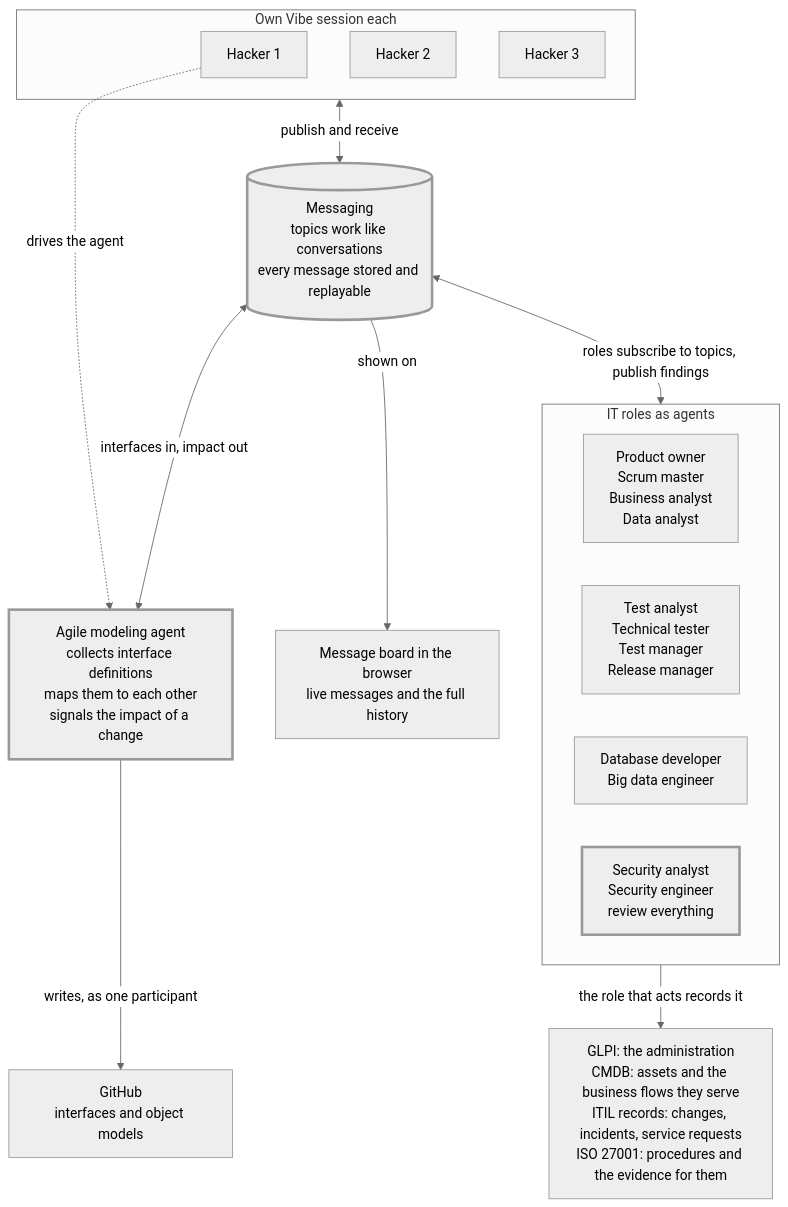
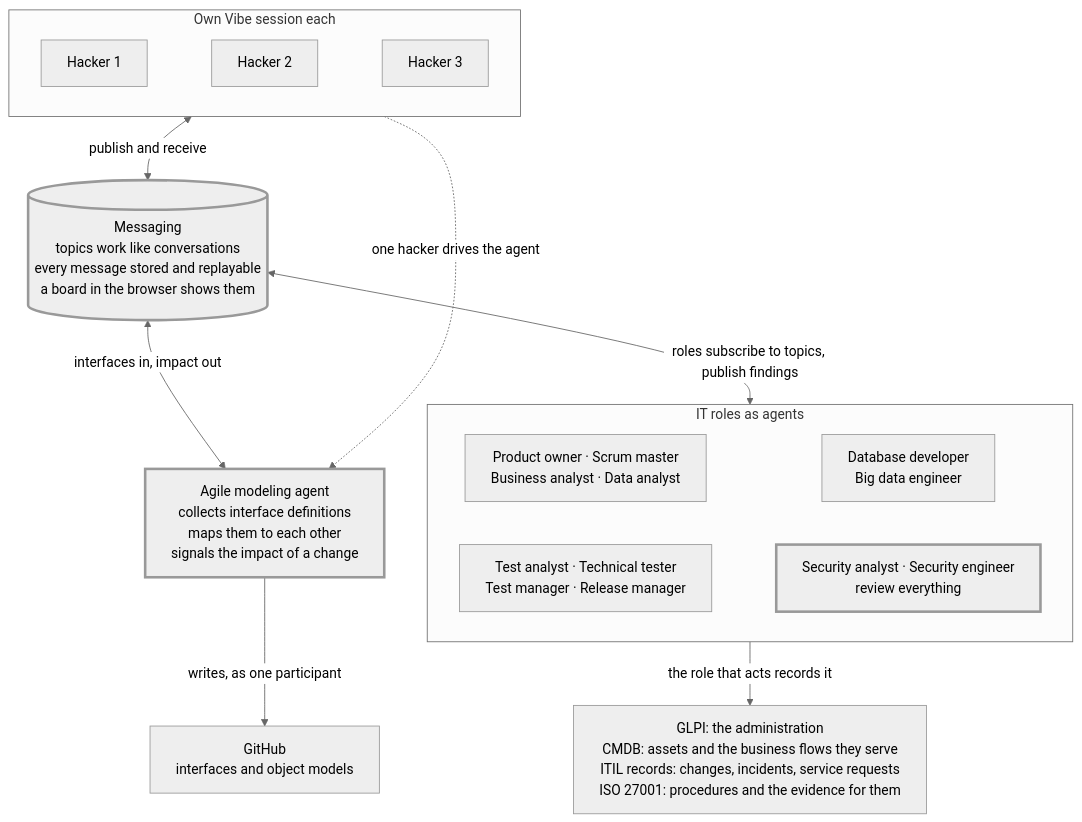
One commit to bvd/factory-factory-mistral-hackaton changed the first of 3 diagrams in README.md. Above: the diagram before and after it, drawn with Mermaid (neutral theme). The commit also changed other lines of this file, not shown here.

First line of the commit message:
Diagrams: readable on GitHub

````diff
--- a/README.md
+++ b/README.md
@@ -24,30 +24,30 @@
 ```mermaid
+%%{init: {"flowchart": {"wrappingWidth": 420}}}%%
 flowchart TB
   subgraph SESSIONS["Own Vibe session each"]
-    H1["Hacker 1"]
-    H2["Hacker 2"]
-    H3["Hacker 3"]
+    direction LR
+    H1["Hacker 1"] ~~~ H2["Hacker 2"] ~~~ H3["Hacker 3"]
   end
-  MSG[("Messaging<br/>topics work like conversations<br/>every message stored and replayable")]
-  BOARD["Message board in the browser<br/>live messages and the full history"]
+  MSG[("Messaging<br/>topics work like conversations<br/>every message stored and replayable<br/>a board in the browser shows them")]
   AMA["Agile modeling agent<br/>collects interface definitions<br/>maps them to each other<br/>signals the impact of a change"]
   GH["GitHub<br/>interfaces and object models"]
   subgraph ROLES["IT roles as agents"]
-    R1["Product owner<br/>Scrum master<br/>Business analyst<br/>Data analyst"]
-    R2["Test analyst<br/>Technical tester<br/>Test manager<br/>Release manager"]
+    R1["Product owner · Scrum master<br/>Business analyst · Data analyst"]
+    R2["Test analyst · Technical tester<br/>Test manager · Release manager"]
     R3["Database developer<br/>Big data engineer"]
-    SEC["Security analyst<br/>Security engineer<br/>review everything"]
+    SEC["Security analyst · Security engineer<br/>review everything"]
+    R1 ~~~ R3
+    R2 ~~~ SEC
   end
   GLPI["GLPI: the administration<br/>CMDB: assets and the business flows they serve<br/>ITIL records: changes, incidents, service requests<br/>ISO 27001: procedures and the evidence for them"]
 
   SESSIONS <-->|publish and receive| MSG
-  MSG -->|shown on| BOARD
+  SESSIONS -.->|one hacker drives the agent| AMA
   MSG <-->|interfaces in, impact out| AMA
-  H1 -.->|drives the agent| AMA
+  MSG <-->|roles subscribe to topics, publish findings| ROLES
   AMA -->|writes, as one participant| GH
-  MSG <-->|roles subscribe to topics, publish findings| ROLES
   ROLES -->|the role that acts records it| GLPI
 
   classDef key stroke-width:3px;
   class MSG,AMA,SEC key;
 ```
````
